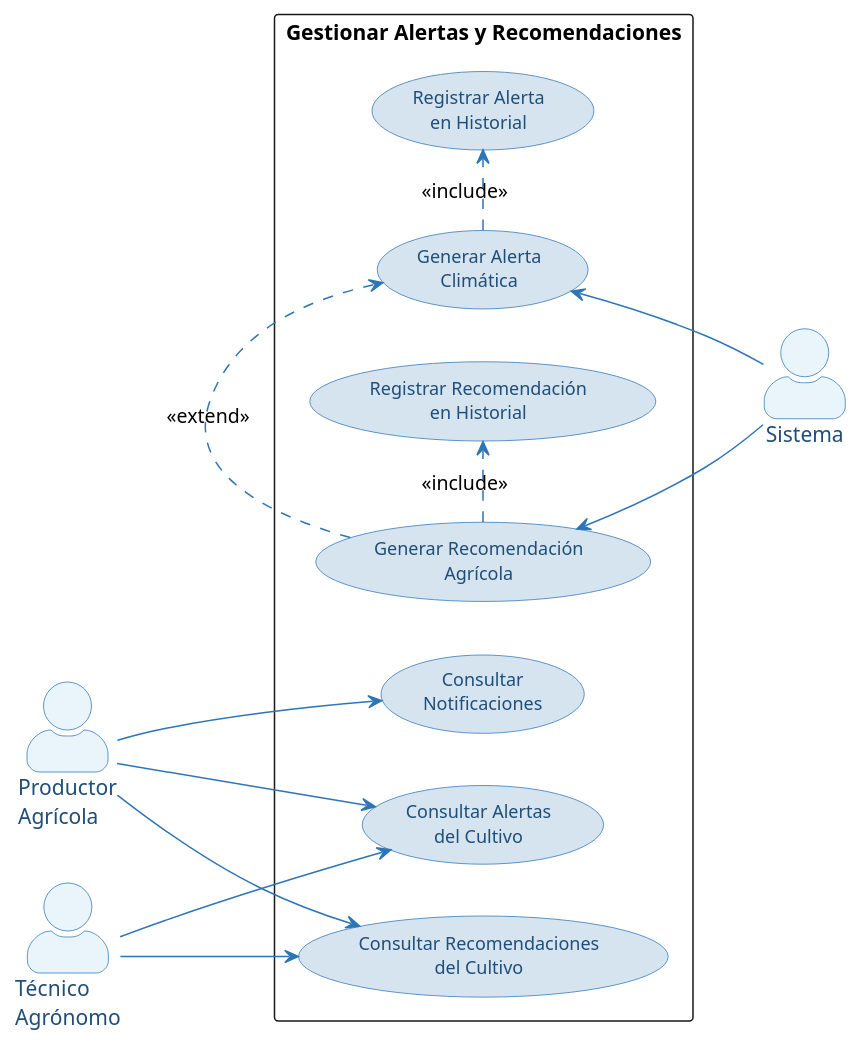
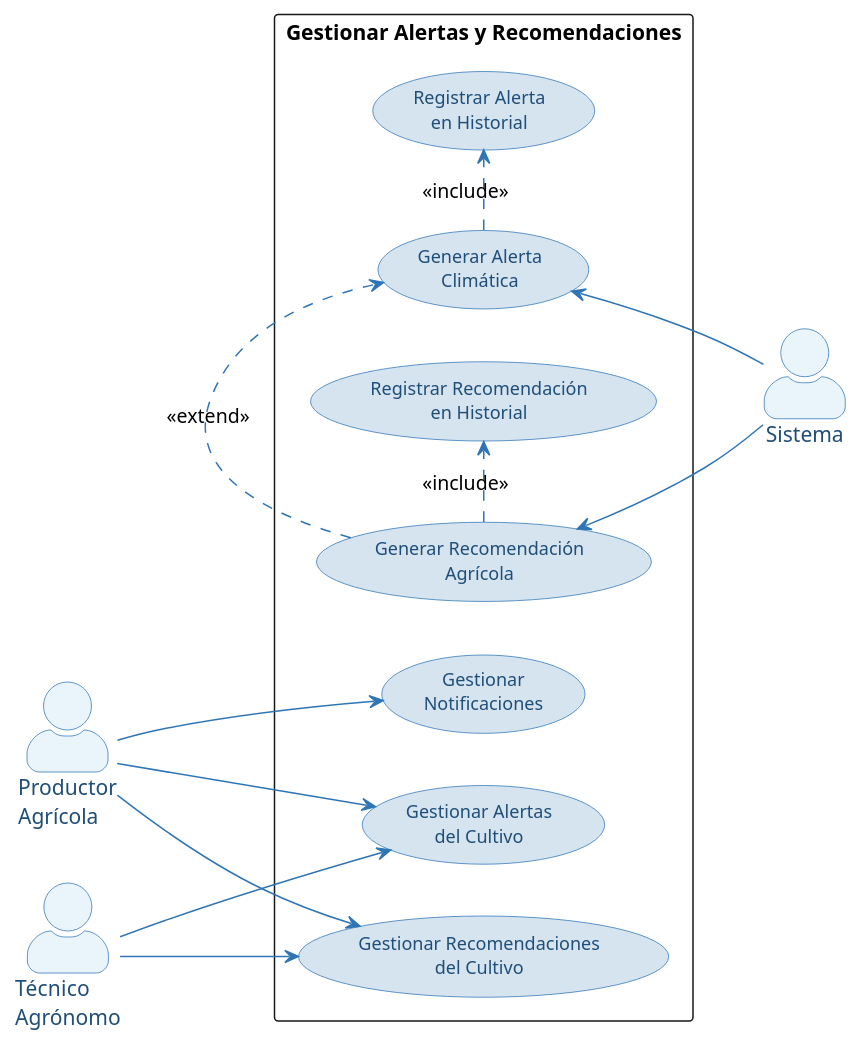
Before and after one commit to C4mg943/Arquitectura-Proyecto-final: the diagram in primer entregable/casos de uso/caso_n1_UC05.puml, drawn with PlantUML. The commit also changed 6 other files, not shown here.

```diff
--- a/primer entregable/casos de uso/caso_n1_UC05.puml
+++ b/primer entregable/casos de uso/caso_n1_UC05.puml
@@ -1,57 +1,57 @@
 @startuml Casos_de_Uso_Nivel_1_UC06
 left to right direction
 
 skinparam actorStyle awesome
 skinparam packageStyle rectangle
 skinparam usecase {
   BackgroundColor #D6E4F0
   BorderColor #2E75B6
   FontColor #1F4E79
   FontSize 12
 }
 skinparam actor {
   BackgroundColor #EAF4FB
   BorderColor #2E75B6
   FontColor #1F4E79
 }
 skinparam ArrowColor #2E75B6
 
 ' Actores
 actor "Sistema" as Sistema
 actor "Productor\nAgrícola" as Productor
 actor "Técnico\nAgrónomo" as Tecnico
 
 ' Sistema
 rectangle "Gestionar Alertas y Recomendaciones" {
 
     ' Generación automática (arriba)
     usecase "Generar Alerta\nClimática" as UC06_1
     usecase "Generar Recomendación\nAgrícola" as UC06_3
 
     ' Consulta (centro)
-    usecase "Consultar Alertas\ndel Cultivo" as UC06_2
-    usecase "Consultar Recomendaciones\ndel Cultivo" as UC06_4
-    usecase "Consultar\nNotificaciones" as UC06_5
+    usecase "Gestionar Alertas\ndel Cultivo" as UC06_2
+    usecase "Gestionar Recomendaciones\ndel Cultivo" as UC06_4
+    usecase "Gestionar\nNotificaciones" as UC06_5
 
     ' Registro (abajo)
     usecase "Registrar Alerta\nen Historial" as UC06_6
     usecase "Registrar Recomendación\nen Historial" as UC06_7
 
     ' Relaciones correctas
     UC06_1 .> UC06_6 : <<include>>
     UC06_3 .> UC06_7 : <<include>>
     UC06_3 .> UC06_1 : <<extend>>
 }
 
 ' Relaciones actores
 UC06_1 <-- Sistema
 UC06_3 <-- Sistema
 
 Productor --> UC06_2
 Productor --> UC06_4
 Productor --> UC06_5
 
 Tecnico --> UC06_2
 Tecnico --> UC06_4
 
 @enduml
```
